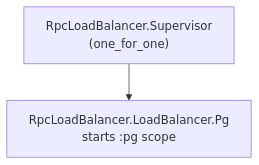
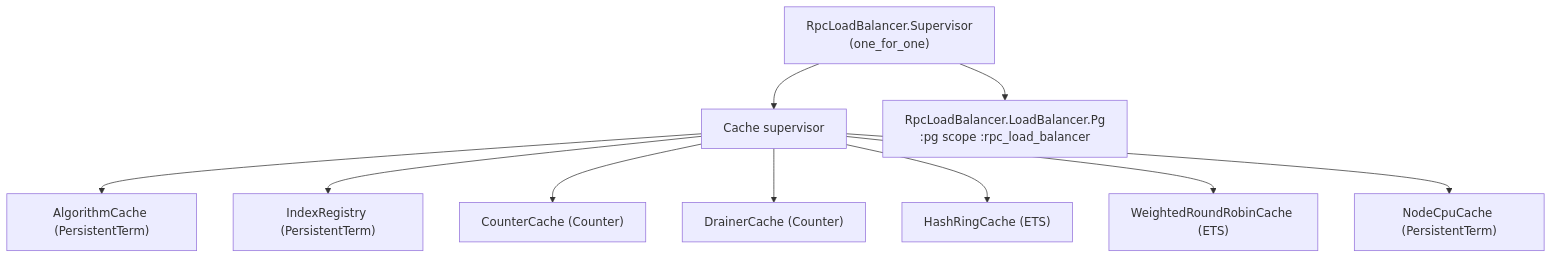
Before and after one commit to MikaAK/elixir_rpc_load_balancer: the second of 3 diagrams in docs/explanation/architecture.md, drawn with Mermaid. The commit also changed other lines of this file and 27 other files, not shown here.

First line of the commit message:
docs: overhaul guides, reference, and architecture for 0.3.x

````diff
--- a/docs/explanation/architecture.md
+++ b/docs/explanation/architecture.md
@@ -146,4 +194,12 @@
 ```mermaid
 flowchart TD
-    S["RpcLoadBalancer.Supervisor\n(one_for_one)"] --> PG["RpcLoadBalancer.LoadBalancer.Pg\nstarts :pg scope"]
+    S["RpcLoadBalancer.Supervisor\n(one_for_one)"] --> C["Cache supervisor"]
+    S --> PG["RpcLoadBalancer.LoadBalancer.Pg\n:pg scope :rpc_load_balancer"]
+    C --> AC["AlgorithmCache (PersistentTerm)"]
+    C --> IR["IndexRegistry (PersistentTerm)"]
+    C --> CC["CounterCache (Counter)"]
+    C --> DC["DrainerCache (Counter)"]
+    C --> HR["HashRingCache (ETS)"]
+    C --> WR["WeightedRoundRobinCache (ETS)"]
+    C --> NC["NodeCpuCache (PersistentTerm)"]
 ```
````
